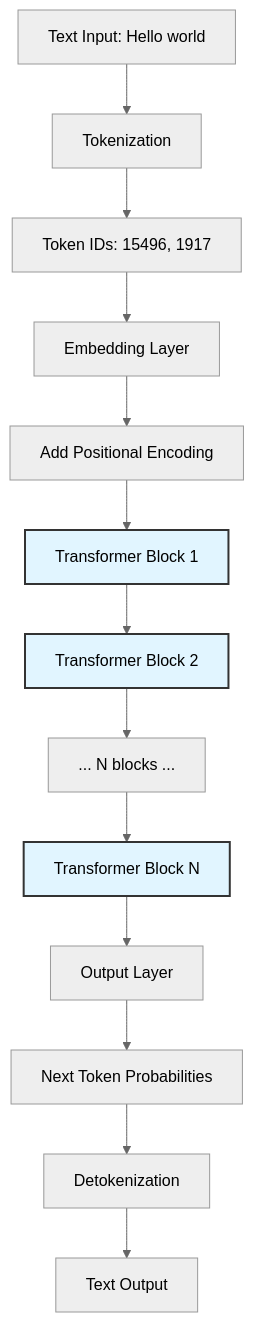
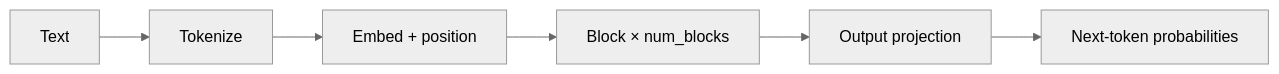
One commit to tenstorrent/tt-vscode-toolkit changed the first of 2 diagrams in content/lessons/ct7-architecture-basics.md. Above: the diagram before and after it, drawn with Mermaid (neutral theme). The commit also changed other lines of this file, not shown here.

Commit message:
docs(ct): slim ct7 — concise architecture overview, defer deep build to lfs arc

````diff
--- a/content/lessons/ct7-architecture-basics.md
+++ b/content/lessons/ct7-architecture-basics.md
@@ -69,19 +52,8 @@
 ```mermaid
-graph TD
-    A[Text Input: Hello world] --> B[Tokenization]
-    B --> C[Token IDs: 15496, 1917]
-    C --> D[Embedding Layer]
-    D --> E[Add Positional Encoding]
-    E --> F[Transformer Block 1]
-    F --> G[Transformer Block 2]
-    G --> H[... N blocks ...]
-    H --> I[Transformer Block N]
-    I --> J[Output Layer]
-    J --> K[Next Token Probabilities]
-    K --> L[Detokenization]
-    L --> M[Text Output]
-
-    style F fill:#e1f5ff,stroke:#333,stroke-width:2px
-    style G fill:#e1f5ff,stroke:#333,stroke-width:2px
-    style I fill:#e1f5ff,stroke:#333,stroke-width:2px
+graph LR
+    A[Text] --> B[Tokenize]
+    B --> C[Embed + position]
+    C --> D["Block × num_blocks"]
+    D --> E[Output projection]
+    E --> F[Next-token probabilities]
 ```
````
